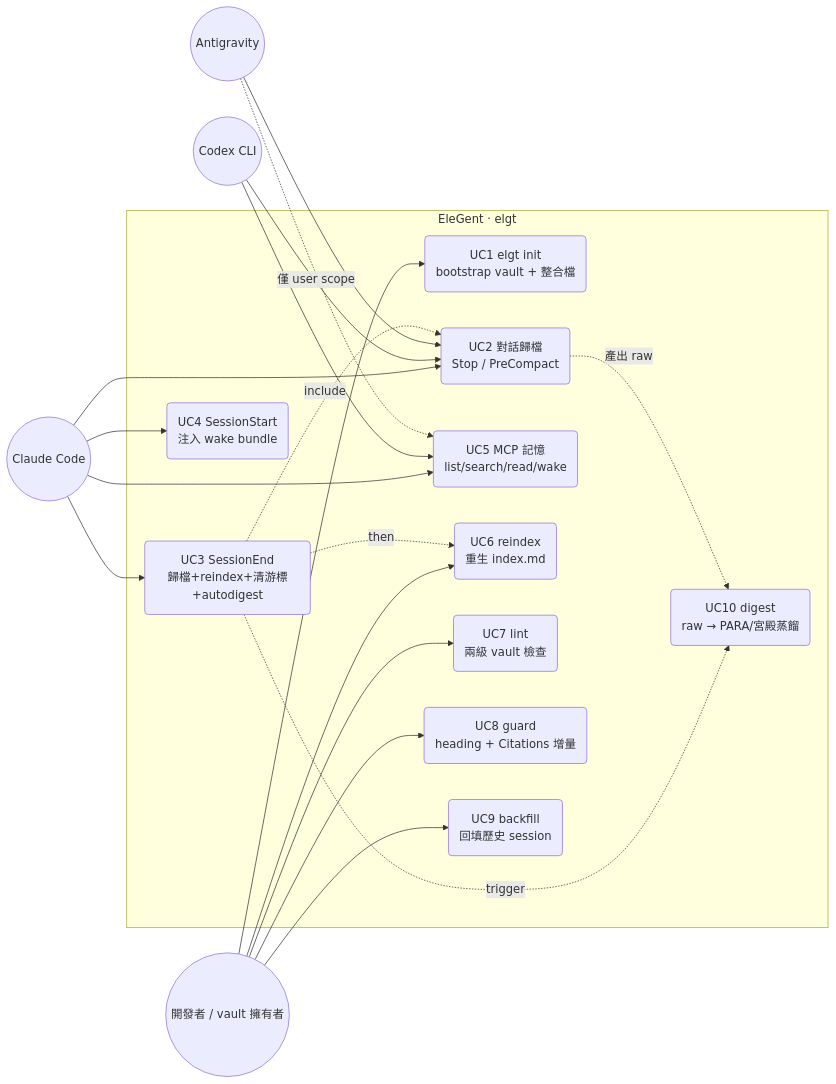
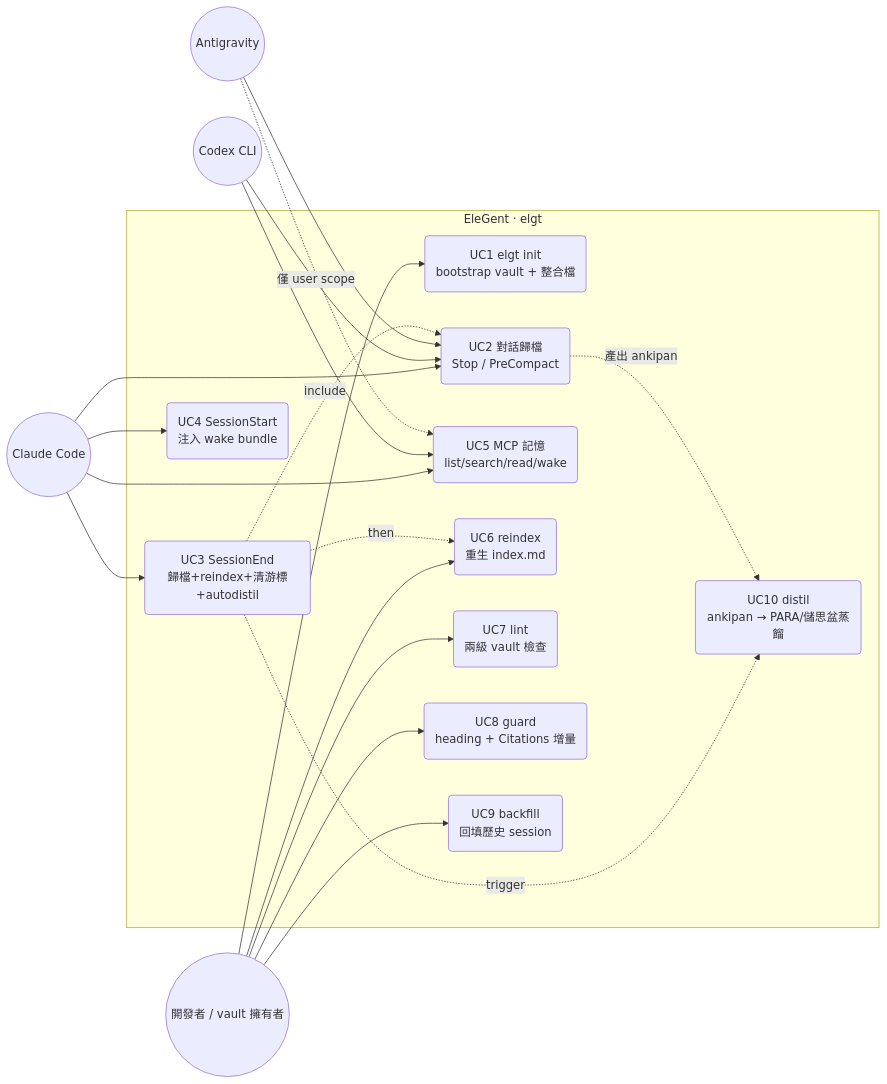
One commit to neokn/elegent changed the fifth of 5 diagrams in docs/architecture/4plus1.md. Above: the diagram before and after it, drawn with Mermaid. The commit also changed other lines of this file and 55 other files, not shown here.

First line of the commit message:
refactor(rename)!: digest→distil、palace→pensieve、raw→ankipan 全域改名

````diff
--- a/docs/architecture/4plus1.md
+++ b/docs/architecture/4plus1.md
@@ -229,38 +229,38 @@
 ```mermaid
 flowchart LR
     dev(("開發者 / vault 擁有者"))
     cc(("Claude Code"))
     cx(("Codex CLI"))
     ag(("Antigravity"))
 
     subgraph sys["EleGent · elgt"]
         uc1("UC1 elgt init<br/>bootstrap vault + 整合檔")
         uc2("UC2 對話歸檔<br/>Stop / PreCompact")
-        uc3("UC3 SessionEnd<br/>歸檔+reindex+清游標+autodigest")
+        uc3("UC3 SessionEnd<br/>歸檔+reindex+清游標+autodistil")
         uc4("UC4 SessionStart<br/>注入 wake bundle")
         uc5("UC5 MCP 記憶<br/>list/search/read/wake")
         uc6("UC6 reindex<br/>重生 index.md")
         uc7("UC7 lint<br/>兩級 vault 檢查")
         uc8("UC8 guard<br/>heading + Citations 增量")
         uc9("UC9 backfill<br/>回填歷史 session")
-        uc10("UC10 digest<br/>raw → PARA/宮殿蒸餾")
+        uc10("UC10 distil<br/>ankipan → PARA/儲思盆蒸餾")
     end
 
     dev --> uc1
     dev --> uc6
     dev --> uc7
     dev --> uc8
     dev --> uc9
     cc --> uc2
     cc --> uc3
     cc --> uc4
     cc --> uc5
     cx --> uc2
     cx --> uc5
     ag --> uc2
     ag -. 僅 user scope .-> uc5
     uc3 -. include .-> uc2
     uc3 -. then .-> uc6
     uc3 -. trigger .-> uc10
-    uc2 -. 產出 raw .-> uc10
+    uc2 -. 產出 ankipan .-> uc10
 ```
````
